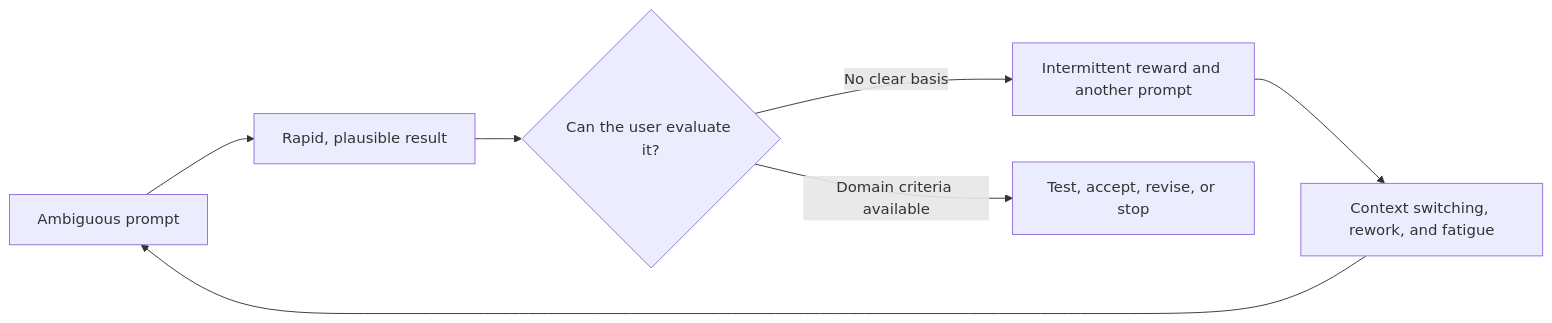
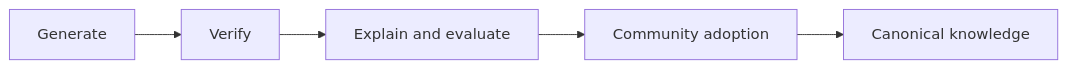
One commit to th-m/th-m changed the diagram in apps/blogs/articles/understanding-is-the-bottleneck/draft/outline.md. Above: the diagram before and after it, drawn with Mermaid. The commit also changed other lines of this file, not shown here.

````diff
--- a/apps/blogs/articles/understanding-is-the-bottleneck/draft/outline.md
+++ b/apps/blogs/articles/understanding-is-the-bottleneck/draft/outline.md
@@ -166,9 +129,7 @@
 ```mermaid
 flowchart LR
-    A["Ambiguous prompt"] --> B["Rapid, plausible result"]
-    B --> C{"Can the user evaluate it?"}
-    C -- "No clear basis" --> D["Intermittent reward and another prompt"]
-    D --> E["Context switching, rework, and fatigue"]
-    E --> A
-    C -- "Domain criteria available" --> F["Test, accept, revise, or stop"]
+    G["Generate"] --> V["Verify"]
+    V --> E["Explain and evaluate"]
+    E --> A["Community adoption"]
+    A --> C["Canonical knowledge"]
 ```
````
